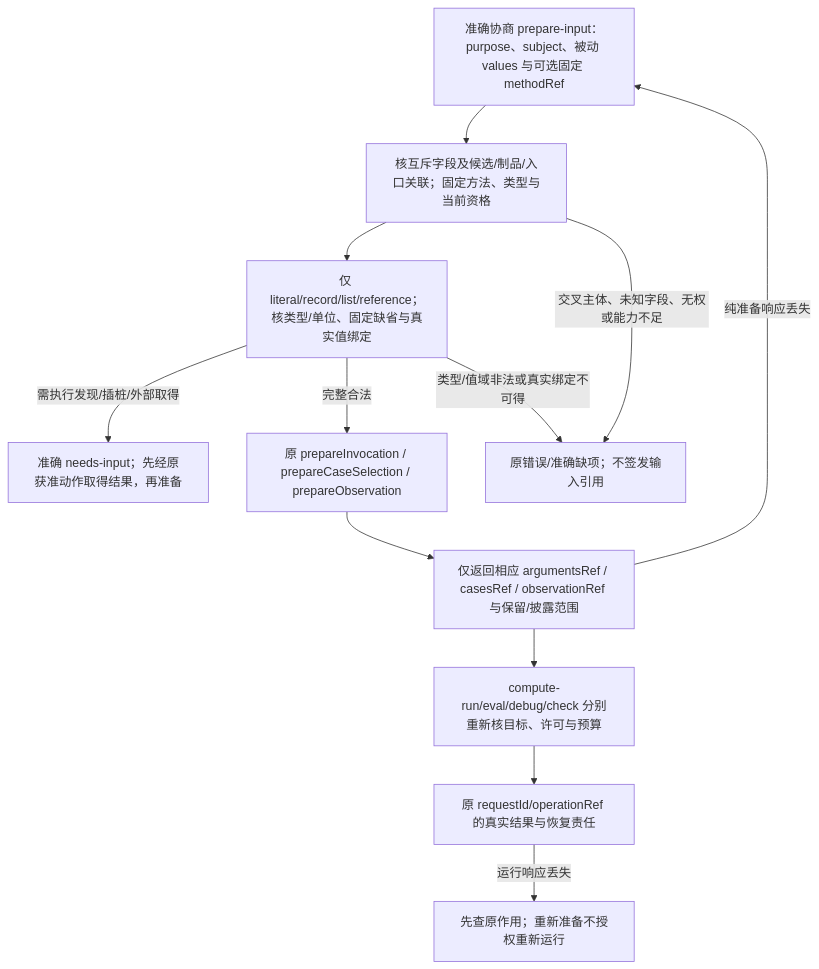
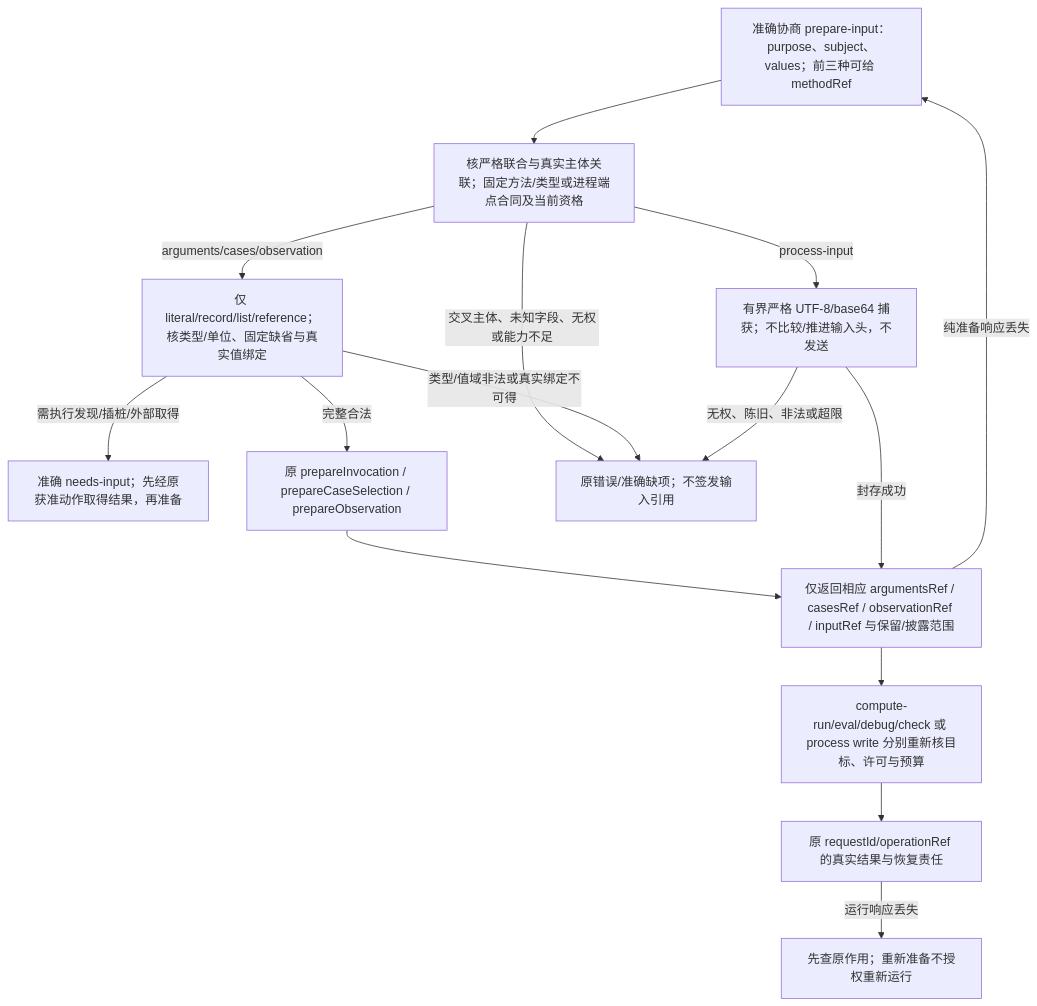
Before and after one commit to sec-platform/sec: the third of 3 diagrams in docs/开发/工具协议/候选修改与批量.md, drawn with Mermaid. The commit also changed other lines of this file and 88 other files, not shown here.

````diff
--- a/docs/开发/工具协议/候选修改与批量.md
+++ b/docs/开发/工具协议/候选修改与批量.md
@@ -373,14 +397,17 @@
 ```mermaid
 flowchart TD
-  request["准确协商 prepare-input：purpose、subject、被动 values 与可选固定 methodRef"] --> subject["核互斥字段及候选/制品/入口关联；固定方法、类型与当前资格"]
-  subject --> values["仅 literal/record/list/reference；核类型/单位、固定缺省与真实值绑定"]
+  request["准确协商 prepare-input：purpose、subject、values；前三种可给 methodRef"] --> subject["核严格联合与真实主体关联；固定方法/类型或进程端点合同及当前资格"]
+  subject -->|arguments/cases/observation| values["仅 literal/record/list/reference；核类型/单位、固定缺省与真实值绑定"]
+  subject -->|process-input| bytes["有界严格 UTF-8/base64 捕获；不比较/推进输入头，不发送"]
   values -->|需执行发现/插桩/外部取得| needs["准确 needs-input；先经原获准动作取得结果，再准备"]
   values -->|完整合法| service["原 prepareInvocation / prepareCaseSelection / prepareObservation"]
   subject -->|交叉主体、未知字段、无权或能力不足| reject["原错误/准确缺项；不签发输入引用"]
   values -->|类型/值域非法或真实绑定不可得| reject
-  service --> prepared["仅返回相应 argumentsRef / casesRef / observationRef 与保留/披露范围"]
-  prepared --> execution["compute-run/eval/debug/check 分别重新核目标、许可与预算"]
+  service --> prepared["仅返回相应 argumentsRef / casesRef / observationRef / inputRef 与保留/披露范围"]
+  bytes -->|封存成功| prepared
+  bytes -->|无权、陈旧、非法或超限| reject
+  prepared --> execution["compute-run/eval/debug/check 或 process write 分别重新核目标、许可与预算"]
   execution --> actual["原 requestId/operationRef 的真实结果与恢复责任"]
   prepared -->|纯准备响应丢失| request
   actual -->|运行响应丢失| lookup["先查原作用；重新准备不授权重新运行"]
 ```
````
